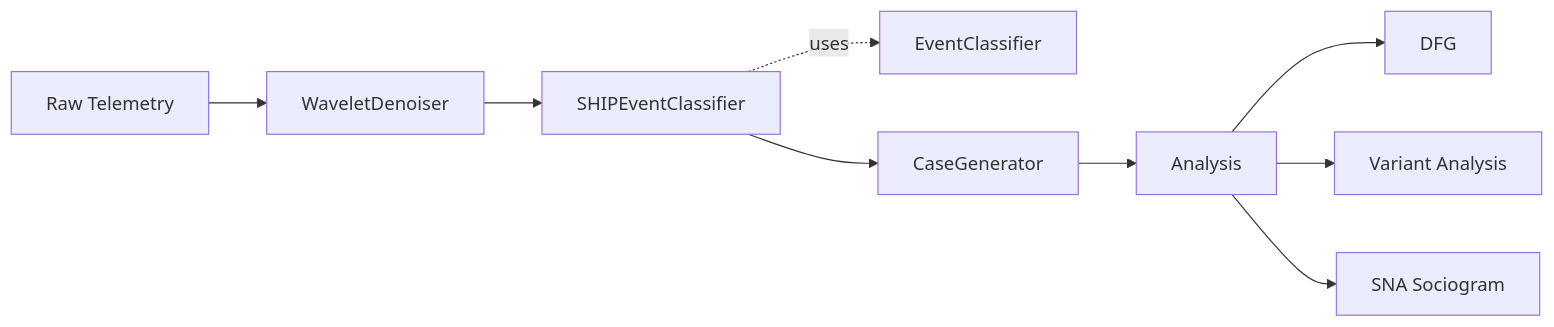
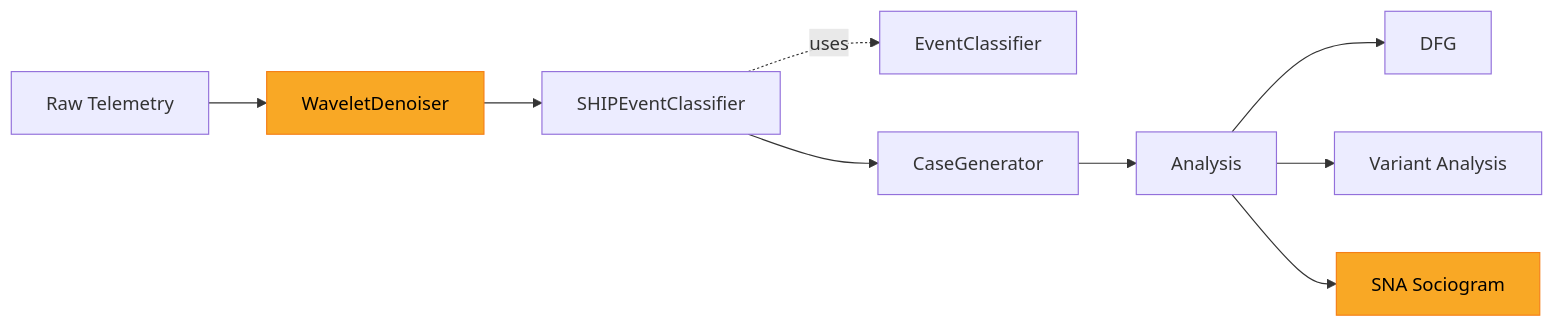
Before and after one commit to GarrettGruss/process-mining-demo: the first of 5 diagrams in examples/example_5/overview.md, drawn with Mermaid. The commit also changed other lines of this file, not shown here.

Commit message:
fix(example_5): Addressing undefined subsystems risk and adding stretch goals

````diff
--- a/examples/example_5/overview.md
+++ b/examples/example_5/overview.md
@@ -7,12 +7,14 @@
 ```mermaid
 flowchart LR
-    A[Raw Telemetry] --> B[WaveletDenoiser]
+    A[Raw Telemetry] --> B[WaveletDenoiser]:::stretch
     B --> C[SHIPEventClassifier]
     C -.uses.-> C2[EventClassifier]
     C --> D[CaseGenerator]
     D --> E[Analysis]
 
     E --> E1[DFG]
     E --> E2[Variant Analysis]
-    E --> E3[SNA Sociogram]
+    E --> E3[SNA Sociogram]:::stretch
+
+    classDef stretch fill:#f9a825,stroke:#f57f17,color:#000
 ```
````
